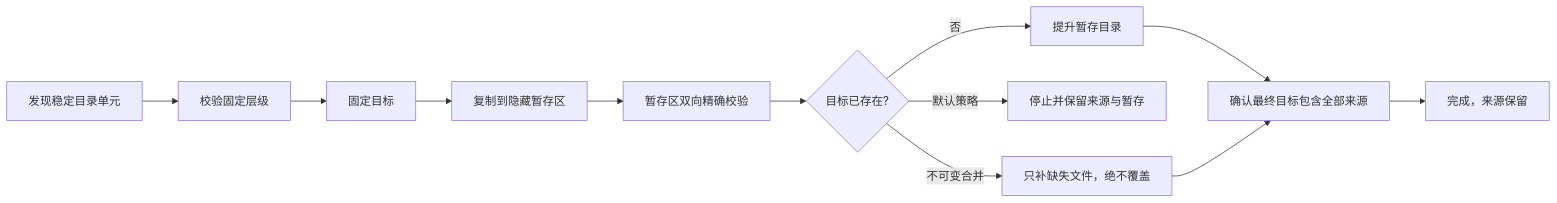
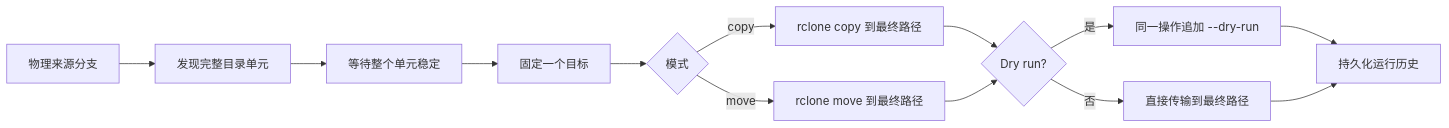
Before and after one commit to yuanweize/atomic-sync: the diagram in README.zh-CN.md, drawn with Mermaid. The commit also changed other lines of this file and 34 other files, not shown here.

Commit message:
feat: release direct rclone copy and move engine

````diff
--- a/README.zh-CN.md
+++ b/README.zh-CN.md
@@ -28,14 +49,15 @@
 ```mermaid
 flowchart LR
-  A[发现稳定目录单元] --> B[校验固定层级]
-  B --> C[固定目标]
-  C --> D[复制到隐藏暂存区]
-  D --> E[暂存区双向精确校验]
-  E --> F{目标已存在?}
-  F -->|否| G[提升暂存目录]
-  F -->|默认策略| X[停止并保留来源与暂存]
-  F -->|不可变合并| H[只补缺失文件，绝不覆盖]
-  G --> I[确认最终目标包含全部来源]
-  H --> I
-  I --> J[完成，来源保留]
+  A[物理来源分支] --> B[发现完整目录单元]
+  B --> C[等待整个单元稳定]
+  C --> D[固定一个目标]
+  D --> E{模式}
+  E -->|copy| F[rclone copy 到最终路径]
+  E -->|move| G[rclone move 到最终路径]
+  F --> H{Dry run?}
+  G --> H
+  H -->|是| I[同一操作追加 --dry-run]
+  H -->|否| J[直接传输到最终路径]
+  I --> K[持久化运行历史]
+  J --> K
 ```
````
